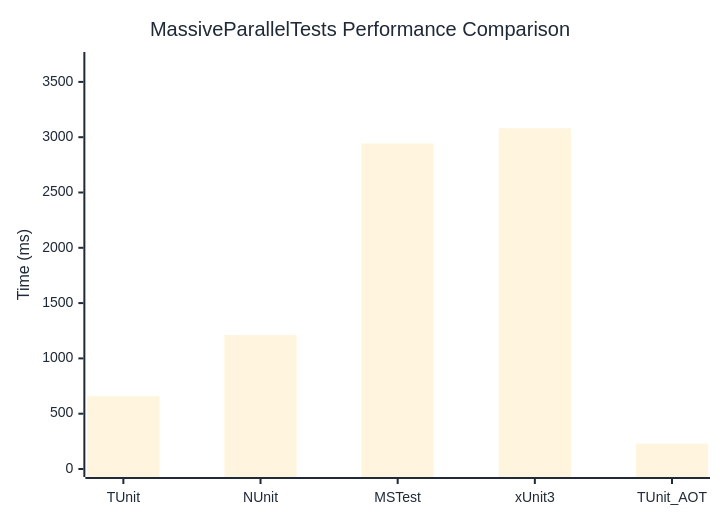
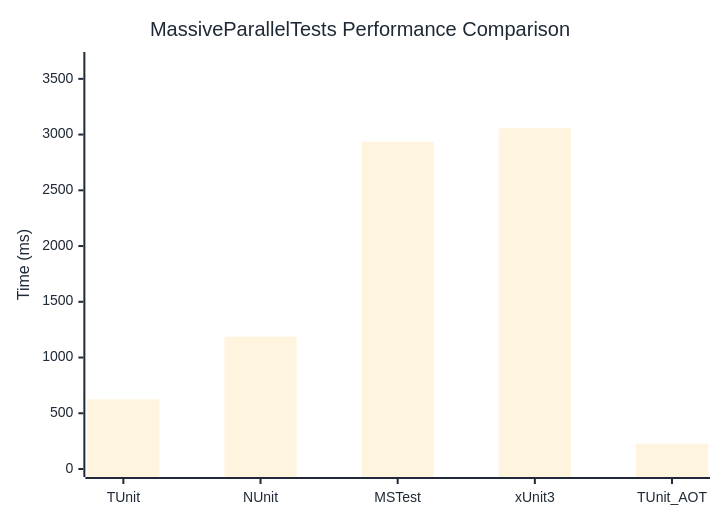
The diagram in docs/docs/benchmarks/MassiveParallelTests.md (thomhurst/TUnit), drawn with Mermaid before and after one commit. The commit also changed other lines of this file and 17 other files, not shown here.

````diff
--- a/docs/docs/benchmarks/MassiveParallelTests.md
+++ b/docs/docs/benchmarks/MassiveParallelTests.md
@@ -27,37 +27,37 @@
 ```mermaid
 %%{init: {
   'theme':'base',
   'themeVariables': {
     'primaryColor': '#2563eb',
     'primaryTextColor': '#1f2937',
     'primaryBorderColor': '#1e40af',
     'lineColor': '#6b7280',
     'secondaryColor': '#7c3aed',
     'tertiaryColor': '#dc2626',
     'background': '#ffffff',
     'mainBkg': '#2563eb',
     'secondBkg': '#7c3aed',
     'tertiaryBkg': '#dc2626',
     'clusterBkg': '#f3f4f6',
     'edgeLabelBackground': '#ffffff',
     'tertiaryTextColor': '#1f2937',
     'pie1': '#2563eb',
     'pie2': '#7c3aed',
     'pie3': '#dc2626',
     'pie4': '#f59e0b',
     'pie5': '#10b981',
     'pie6': '#06b6d4',
     'pie7': '#ec4899',
     'pie8': '#6366f1',
     'pie9': '#84cc16',
     'pie10': '#f97316',
     'pie11': '#14b8a6',
     'pie12': '#a855f7'
   }
 }}%%
 xychart-beta
   title "MassiveParallelTests Performance Comparison"
   x-axis ["TUnit", "NUnit", "MSTest", "xUnit3", "TUnit_AOT"]
-  y-axis "Time (ms)" 0 --> 3698
-  bar [658, 1210.9, 2943.1, 3081, 228.9]
+  y-axis "Time (ms)" 0 --> 3669
+  bar [625.3, 1187.6, 2936, 3056.9, 227]
 ```
````
